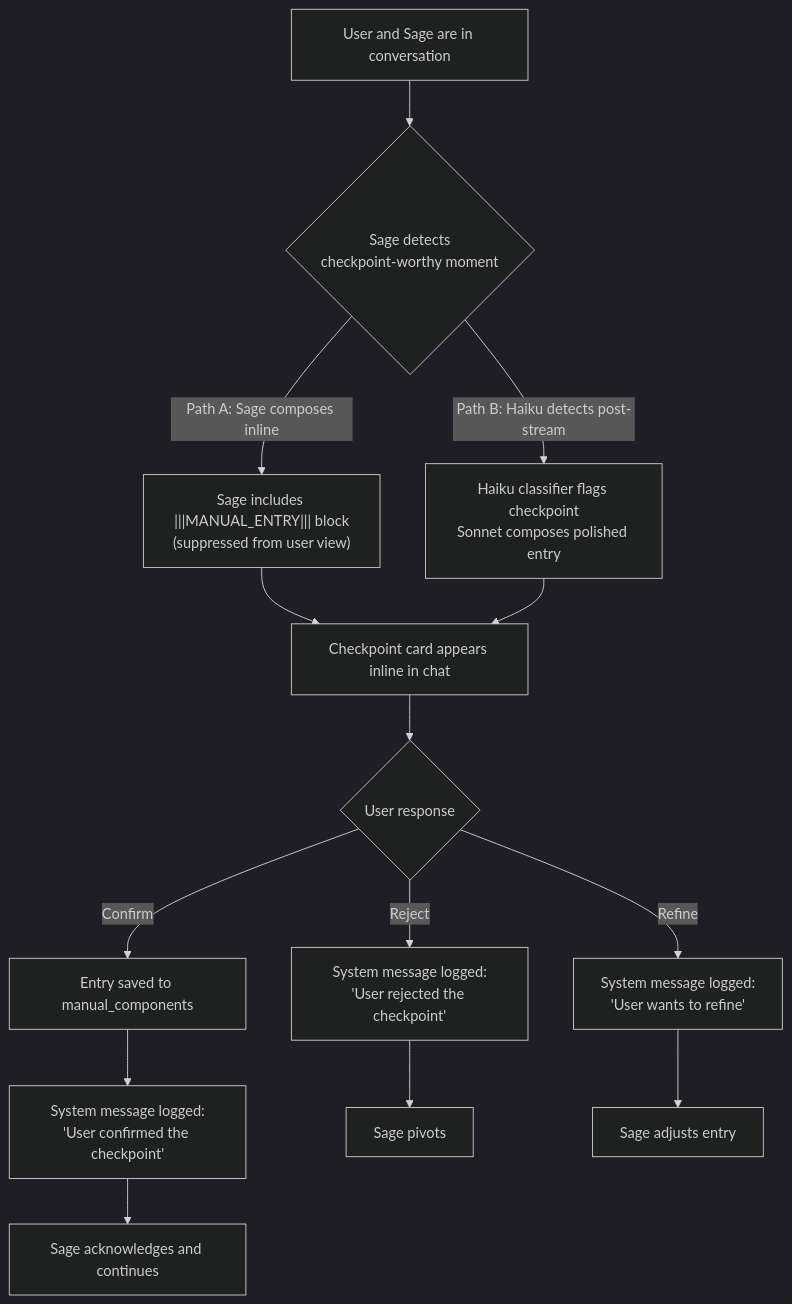
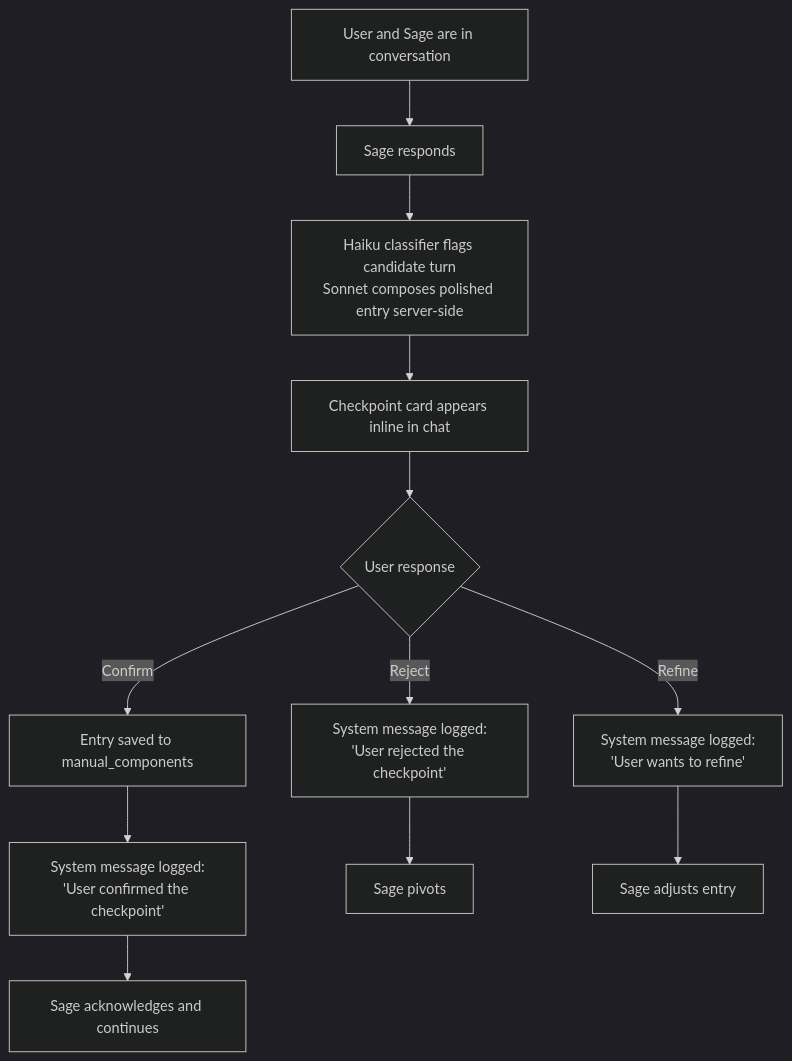
One commit to h2onation/mantle changed the second of 7 diagrams in .claude/diagrams/user-flows.md. Above: the diagram before and after it, drawn with Mermaid (dark theme). The commit also changed 6 other files, not shown here.

````diff
--- a/.claude/diagrams/user-flows.md
+++ b/.claude/diagrams/user-flows.md
@@ -20,16 +20,14 @@
 ```mermaid
 flowchart TD
-    A[User and Sage are in conversation] --> B{Sage detects<br/>checkpoint-worthy moment}
-    B -- "Path A: Sage composes inline" --> C["Sage includes |||MANUAL_ENTRY||| block<br/>(suppressed from user view)"]
-    B -- "Path B: Haiku detects post-stream" --> D["Haiku classifier flags checkpoint<br/>Sonnet composes polished entry"]
-    C --> E["Checkpoint card appears inline in chat"]
-    D --> E
+    A[User and Sage are in conversation] --> B[Sage responds]
+    B --> D["Haiku classifier flags candidate turn<br/>Sonnet composes polished entry server-side"]
+    D --> E["Checkpoint card appears inline in chat"]
     E --> F{User response}
     F -- Confirm --> G["Entry saved to manual_components"]
     G --> H["System message logged:<br/>'User confirmed the checkpoint'"]
     H --> I["Sage acknowledges and continues"]
     F -- Reject --> J["System message logged:<br/>'User rejected the checkpoint'"]
     J --> K["Sage pivots"]
     F -- Refine --> L["System message logged:<br/>'User wants to refine'"]
     L --> M["Sage adjusts entry"]
 ```
````
